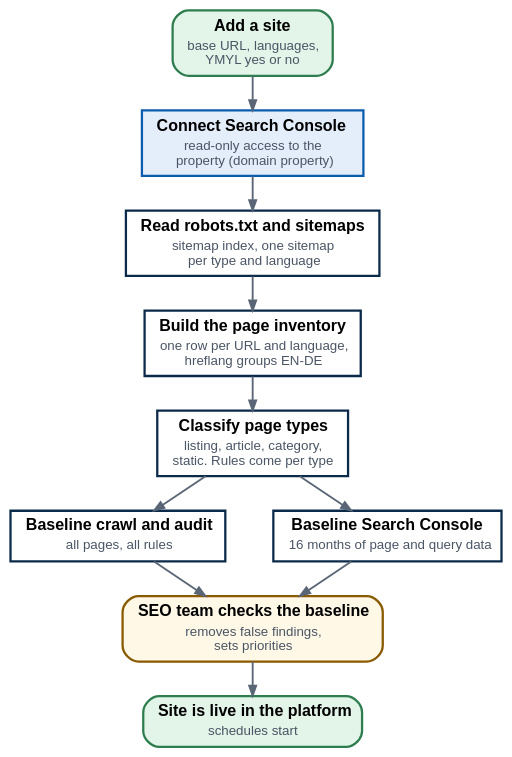
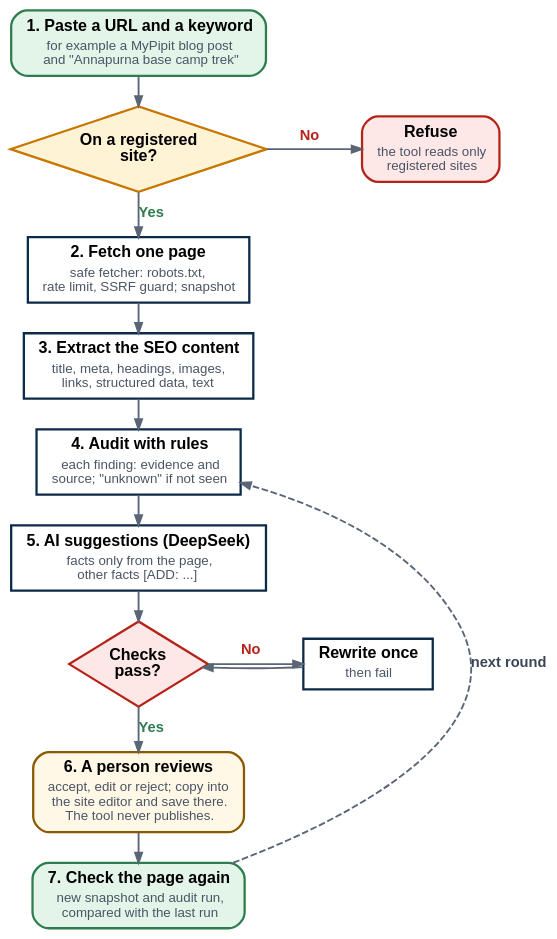
The diagram in requirements/diagrams/onboard.dot (raksha-gurzu/seo-advisor), drawn with Graphviz before and after one commit. The commit also changed 21 other files, not shown here.

```diff
--- a/requirements/diagrams/onboard.dot
+++ b/requirements/diagrams/onboard.dot
@@ -1,25 +1,31 @@
 digraph G {
-  graph [rankdir=TB fontname="Arial" nodesep=0.5 ranksep=0.36 splines=spline bgcolor="transparent"
+  graph [rankdir=TB fontname="Arial" nodesep=0.5 ranksep=0.3 splines=spline bgcolor="transparent"
          pad=0.15 newrank=true compound=true];
   node  [fontname="Arial" fontsize=12 margin="0.14,0.07"];
   edge  [fontname="Arial" fontsize=11 color="#5a6675" penwidth=1.4 arrowsize=0.75];
-  S [label=<<TABLE BORDER="0" CELLSPACING="0" CELLPADDING="1"><TR><TD><B>Add a site</B></TD></TR><TR><TD><FONT POINT-SIZE="10" COLOR="#4a5565">base URL, languages,<BR/>YMYL yes or no</FONT></TD></TR></TABLE>> shape="box" style="rounded,filled" fillcolor="#e3f4e8" color="#2e7d4f" penwidth=1.7];
-  A [label=<<TABLE BORDER="0" CELLSPACING="0" CELLPADDING="1"><TR><TD><B>Connect Search Console</B></TD></TR><TR><TD><FONT POINT-SIZE="10" COLOR="#4a5565">read-only access to the<BR/>property (domain property)</FONT></TD></TR></TABLE>> shape="box" style="filled" fillcolor="#e4eefb" color="#0b5cad" penwidth=1.7];
-  B [label=<<TABLE BORDER="0" CELLSPACING="0" CELLPADDING="1"><TR><TD><B>Read robots.txt and sitemaps</B></TD></TR><TR><TD><FONT POINT-SIZE="10" COLOR="#4a5565">sitemap index, one sitemap<BR/>per type and language</FONT></TD></TR></TABLE>> shape="box" style="filled" fillcolor="#ffffff" color="#0b2a4a" penwidth=1.7];
-  C [label=<<TABLE BORDER="0" CELLSPACING="0" CELLPADDING="1"><TR><TD><B>Build the page inventory</B></TD></TR><TR><TD><FONT POINT-SIZE="10" COLOR="#4a5565">one row per URL and language,<BR/>hreflang groups EN-DE</FONT></TD></TR></TABLE>> shape="box" style="filled" fillcolor="#ffffff" color="#0b2a4a" penwidth=1.7];
-  D [label=<<TABLE BORDER="0" CELLSPACING="0" CELLPADDING="1"><TR><TD><B>Classify page types</B></TD></TR><TR><TD><FONT POINT-SIZE="10" COLOR="#4a5565">listing, article, category,<BR/>static. Rules come per type</FONT></TD></TR></TABLE>> shape="box" style="filled" fillcolor="#ffffff" color="#0b2a4a" penwidth=1.7];
-  E [label=<<TABLE BORDER="0" CELLSPACING="0" CELLPADDING="1"><TR><TD><B>Baseline crawl and audit</B></TD></TR><TR><TD><FONT POINT-SIZE="10" COLOR="#4a5565">all pages, all rules</FONT></TD></TR></TABLE>> shape="box" style="filled" fillcolor="#ffffff" color="#0b2a4a" penwidth=1.7];
-  F [label=<<TABLE BORDER="0" CELLSPACING="0" CELLPADDING="1"><TR><TD><B>Baseline Search Console</B></TD></TR><TR><TD><FONT POINT-SIZE="10" COLOR="#4a5565">16 months of page and query data</FONT></TD></TR></TABLE>> shape="box" style="filled" fillcolor="#ffffff" color="#0b2a4a" penwidth=1.7];
-  G [label=<<TABLE BORDER="0" CELLSPACING="0" CELLPADDING="1"><TR><TD><B>SEO team checks the baseline</B></TD></TR><TR><TD><FONT POINT-SIZE="10" COLOR="#4a5565">removes false findings,<BR/>sets priorities</FONT></TD></TR></TABLE>> shape="box" style="rounded,filled,bold" fillcolor="#fff8e6" color="#8a5a00" penwidth=1.7];
-  H [label=<<TABLE BORDER="0" CELLSPACING="0" CELLPADDING="1"><TR><TD><B>Site is live in the platform</B></TD></TR><TR><TD><FONT POINT-SIZE="10" COLOR="#4a5565">schedules start</FONT></TD></TR></TABLE>> shape="box" style="rounded,filled" fillcolor="#e3f4e8" color="#2e7d4f" penwidth=1.7];
-  S -> A [];
-  A -> B [];
-  B -> C [];
-  C -> D [];
-  D -> E [];
-  D -> F [];
-  E -> G [];
-  F -> G [];
-  G -> H [];
-  { rank=same; E; F; }
+  S [label=<<TABLE BORDER="0" CELLSPACING="0" CELLPADDING="1"><TR><TD><B>1. Paste a URL and a keyword</B></TD></TR><TR><TD><FONT POINT-SIZE="10" COLOR="#4a5565">for example a MyPipit blog post<BR/>and &quot;Annapurna base camp trek&quot;</FONT></TD></TR></TABLE>> shape="box" style="rounded,filled" fillcolor="#e3f4e8" color="#2e7d4f" penwidth=1.7];
+  G [label=<<TABLE BORDER="0" CELLSPACING="0" CELLPADDING="1"><TR><TD><B>On a registered</B><BR/><B>site?</B></TD></TR></TABLE>> shape="diamond" style="filled" fillcolor="#fff3d6" color="#c77700" margin="0.04" penwidth=1.7];
+  NO [label=<<TABLE BORDER="0" CELLSPACING="0" CELLPADDING="1"><TR><TD><B>Refuse</B></TD></TR><TR><TD><FONT POINT-SIZE="10" COLOR="#4a5565">the tool reads only<BR/>registered sites</FONT></TD></TR></TABLE>> shape="box" style="rounded,filled" fillcolor="#fde7e7" color="#b42318" penwidth=1.7];
+  F [label=<<TABLE BORDER="0" CELLSPACING="0" CELLPADDING="1"><TR><TD><B>2. Fetch one page</B></TD></TR><TR><TD><FONT POINT-SIZE="10" COLOR="#4a5565">safe fetcher: robots.txt,<BR/>rate limit, SSRF guard; snapshot</FONT></TD></TR></TABLE>> shape="box" style="filled" fillcolor="#ffffff" color="#0b2a4a" penwidth=1.7];
+  X [label=<<TABLE BORDER="0" CELLSPACING="0" CELLPADDING="1"><TR><TD><B>3. Extract the SEO content</B></TD></TR><TR><TD><FONT POINT-SIZE="10" COLOR="#4a5565">title, meta, headings, images,<BR/>links, structured data, text</FONT></TD></TR></TABLE>> shape="box" style="filled" fillcolor="#ffffff" color="#0b2a4a" penwidth=1.7];
+  A [label=<<TABLE BORDER="0" CELLSPACING="0" CELLPADDING="1"><TR><TD><B>4. Audit with rules</B></TD></TR><TR><TD><FONT POINT-SIZE="10" COLOR="#4a5565">each finding: evidence and<BR/>source; &quot;unknown&quot; if not seen</FONT></TD></TR></TABLE>> shape="box" style="filled" fillcolor="#ffffff" color="#0b2a4a" penwidth=1.7];
+  SG [label=<<TABLE BORDER="0" CELLSPACING="0" CELLPADDING="1"><TR><TD><B>5. AI suggestions (DeepSeek)</B></TD></TR><TR><TD><FONT POINT-SIZE="10" COLOR="#4a5565">facts only from the page,<BR/>other facts [ADD: ...]</FONT></TD></TR></TABLE>> shape="box" style="filled" fillcolor="#ffffff" color="#0b2a4a" penwidth=1.7];
+  CK [label=<<TABLE BORDER="0" CELLSPACING="0" CELLPADDING="1"><TR><TD><B>Checks</B><BR/><B>pass?</B></TD></TR></TABLE>> shape="diamond" style="filled" fillcolor="#fde7e7" color="#b42318" margin="0.04" penwidth=1.7];
+  RW [label=<<TABLE BORDER="0" CELLSPACING="0" CELLPADDING="1"><TR><TD><B>Rewrite once</B></TD></TR><TR><TD><FONT POINT-SIZE="10" COLOR="#4a5565">then fail</FONT></TD></TR></TABLE>> shape="box" style="filled" fillcolor="#ffffff" color="#0b2a4a" penwidth=1.7];
+  R [label=<<TABLE BORDER="0" CELLSPACING="0" CELLPADDING="1"><TR><TD><B>6. A person reviews</B></TD></TR><TR><TD><FONT POINT-SIZE="10" COLOR="#4a5565">accept, edit or reject; copy into<BR/>the site editor and save there.<BR/>The tool never publishes.</FONT></TD></TR></TABLE>> shape="box" style="rounded,filled,bold" fillcolor="#fff8e6" color="#8a5a00" penwidth=1.7];
+  RC [label=<<TABLE BORDER="0" CELLSPACING="0" CELLPADDING="1"><TR><TD><B>7. Check the page again</B></TD></TR><TR><TD><FONT POINT-SIZE="10" COLOR="#4a5565">new snapshot and audit run,<BR/>compared with the last run</FONT></TD></TR></TABLE>> shape="box" style="rounded,filled" fillcolor="#e3f4e8" color="#2e7d4f" penwidth=1.7];
+  S -> G [];
+  G -> NO [label=<<B> No </B>> fontcolor="#b42318"];
+  G -> F [label=<<B> Yes </B>> fontcolor="#2e7d4f"];
+  F -> X [];
+  X -> A [];
+  A -> SG [];
+  SG -> CK [];
+  CK -> RW [label=<<B> No </B>> fontcolor="#b42318"];
+  RW -> CK [];
+  CK -> R [label=<<B> Yes </B>> fontcolor="#2e7d4f"];
+  R -> RC [];
+  RC -> A [style="dashed" constraint="false" label=<<B> next round </B>> fontcolor="#3b4654"];
+  { rank=same; G; NO; }
+  { rank=same; CK; RW; }
 }
```
